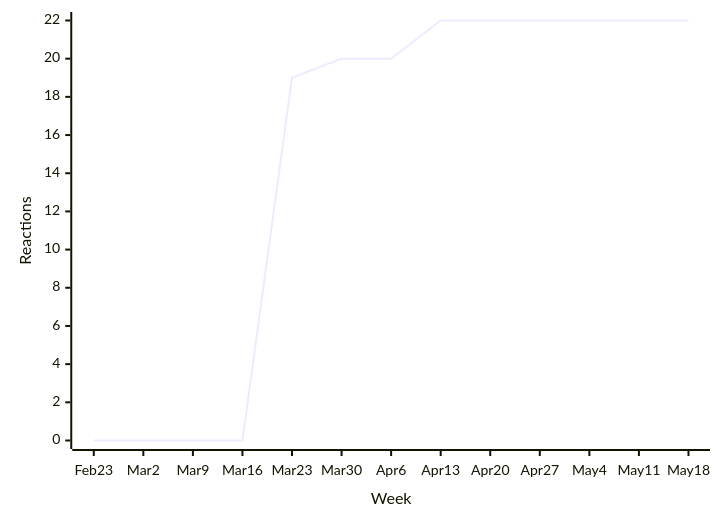
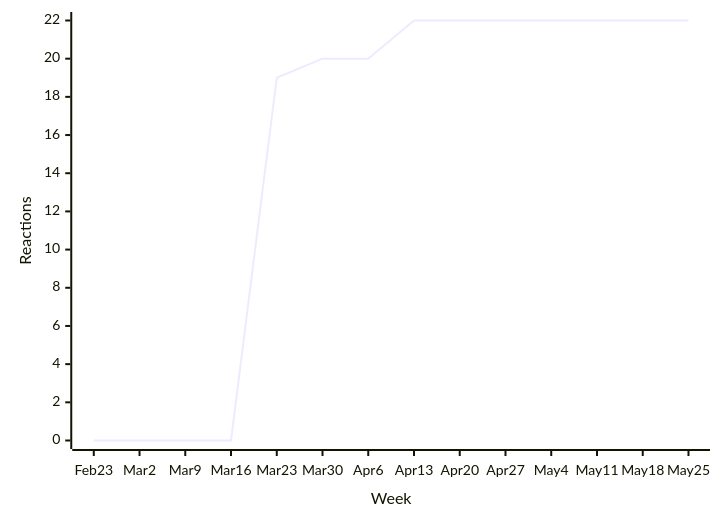
One commit to loic-sharma/github-insights changed the fifth of 49 diagrams in README.md. Above: the diagram before and after it, drawn with Mermaid. The commit also changed other lines of this file and 3 other files, not shown here.

````diff
--- a/README.md
+++ b/README.md
@@ -407,6 +407,6 @@
   ```mermaid
   xychart-beta
-    x-axis "Week" [Feb 23, Mar 2, Mar 9, Mar 16, Mar 23, Mar 30, Apr 6, Apr 13, Apr 20, Apr 27, May 4, May 11, May 18]
+    x-axis "Week" [Feb 23, Mar 2, Mar 9, Mar 16, Mar 23, Mar 30, Apr 6, Apr 13, Apr 20, Apr 27, May 4, May 11, May 18, May 25]
     y-axis "Reactions"
-    line [0, 0, 0, 0, 19, 20, 20, 22, 22, 22, 22, 22, 22]
+    line [0, 0, 0, 0, 19, 20, 20, 22, 22, 22, 22, 22, 22, 22]
   ```
````
